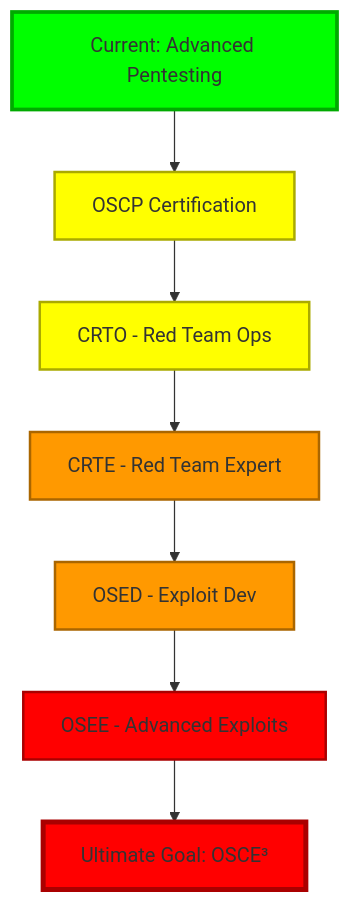
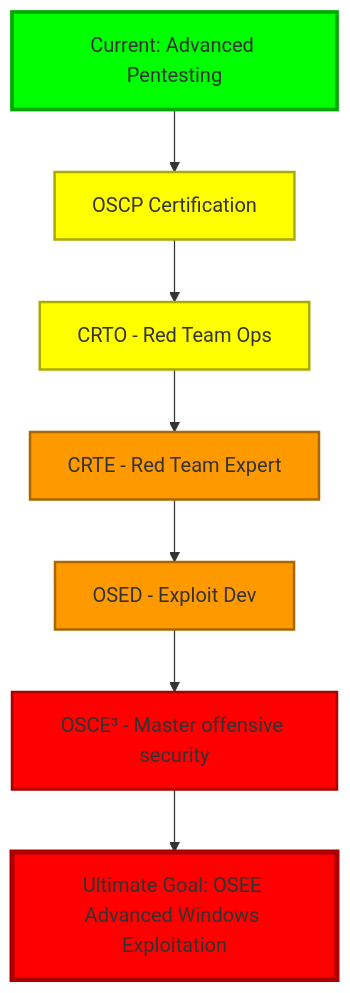
One commit to kasem545/kasem545 changed the diagram in README.md. Above: the diagram before and after it, drawn with Mermaid.

````diff
--- a/README.md
+++ b/README.md
@@ -163,17 +163,18 @@
 ```mermaid
 graph TD
     A[Current: Advanced Pentesting] --> B[OSCP Certification]
     B --> C[CRTO - Red Team Ops]
     C --> D[CRTE - Red Team Expert]
     D --> E[OSED - Exploit Dev]
-    E --> F[OSEE - Advanced Exploits]
-    F --> G[Ultimate Goal: OSCE³]
+    E --> F[OSCE³ - Master offensive security]
+    F --> G[Ultimate Goal: OSEE Advanced Windows Exploitation]
+
     
     style A fill:#00ff00,stroke:#00aa00,stroke-width:3px
     style B fill:#ffff00,stroke:#aaaa00,stroke-width:2px
     style C fill:#ffff00,stroke:#aaaa00,stroke-width:2px
     style D fill:#ff9900,stroke:#aa6600,stroke-width:2px
     style E fill:#ff9900,stroke:#aa6600,stroke-width:2px
     style F fill:#ff0000,stroke:#aa0000,stroke-width:2px
     style G fill:#ff0000,stroke:#aa0000,stroke-width:4px
 ```
````
